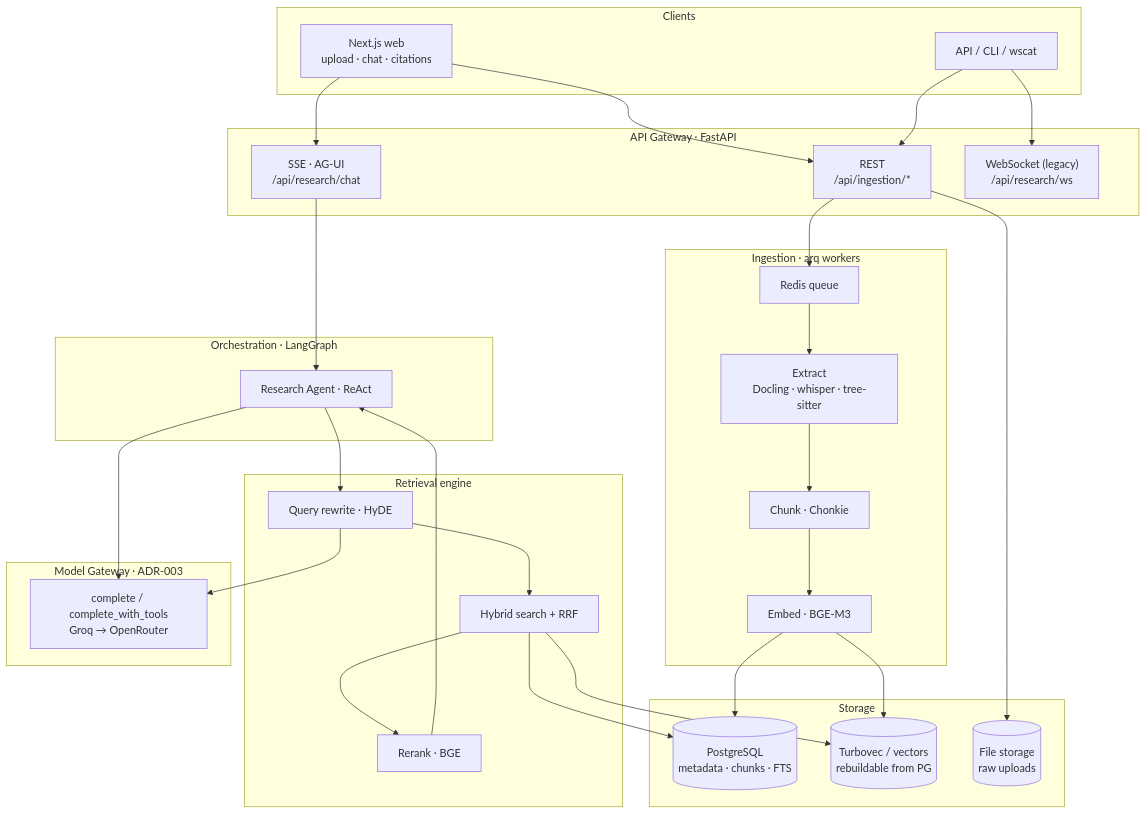
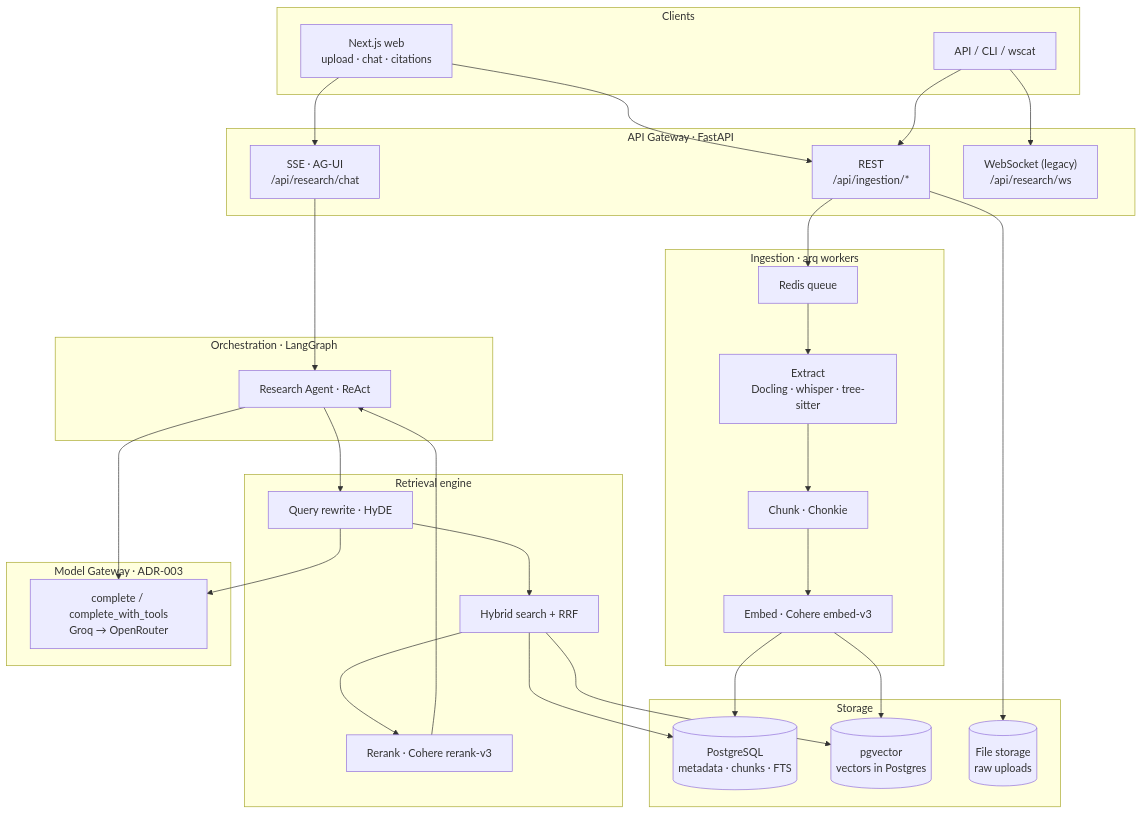
The first of 4 diagrams in README.md (AmitxParmar/agentic-knowledge-base), drawn with Mermaid before and after one commit. The commit also changed other lines of this file and 4 other files, not shown here.

Commit message:
docs: update README/ROADMAP/AGENTS/SETUP terminology

````diff
--- a/README.md
+++ b/README.md
@@ -27,52 +27,52 @@
 ```mermaid
 flowchart TB
   subgraph Clients
     WEB["Next.js web<br/>upload · chat · citations"]
     CLI["API / CLI / wscat"]
   end
 
   subgraph Gateway["API Gateway · FastAPI"]
     REST["REST<br/>/api/ingestion/*"]
     CHAT["SSE · AG-UI<br/>/api/research/chat"]
     WS["WebSocket (legacy)<br/>/api/research/ws"]
   end
 
   subgraph Ingest["Ingestion · arq workers"]
     Q["Redis queue"]
     X["Extract<br/>Docling · whisper · tree-sitter"]
     C["Chunk · Chonkie"]
-    E["Embed · BGE-M3"]
+    E["Embed · Cohere embed-v3"]
   end
 
   subgraph Retrieval["Retrieval engine"]
     HYDE["Query rewrite · HyDE"]
     HYB["Hybrid search + RRF"]
-    RER["Rerank · BGE"]
+    RER["Rerank · Cohere rerank-v3"]
   end
 
   subgraph Agent["Orchestration · LangGraph"]
     RA["Research Agent · ReAct"]
   end
 
   subgraph Storage
     PG[("PostgreSQL<br/>metadata · chunks · FTS")]
-    TV[("Turbovec / vectors<br/>rebuildable from PG")]
+    TV[("pgvector<br/>vectors in Postgres")]
     FS[("File storage<br/>raw uploads")]
   end
 
   subgraph Models["Model Gateway · ADR-003"]
     MG["complete / complete_with_tools<br/>Groq → OpenRouter"]
   end
 
   WEB --> REST & CHAT
   CLI --> REST & WS
   REST --> Q --> X --> C --> E
   REST --> FS
   E --> PG & TV
   CHAT --> RA
   RA --> HYDE --> HYB
   HYB --> PG & TV
   HYB --> RER --> RA
   RA --> MG
   HYDE --> MG
 ```
````
